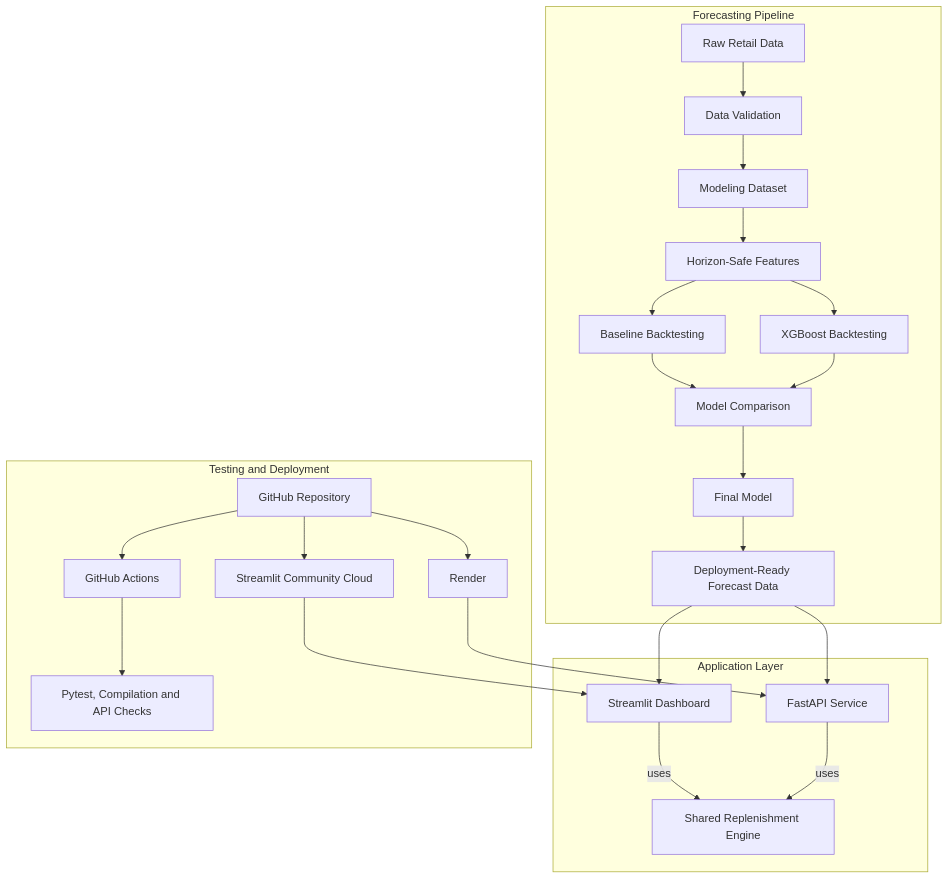
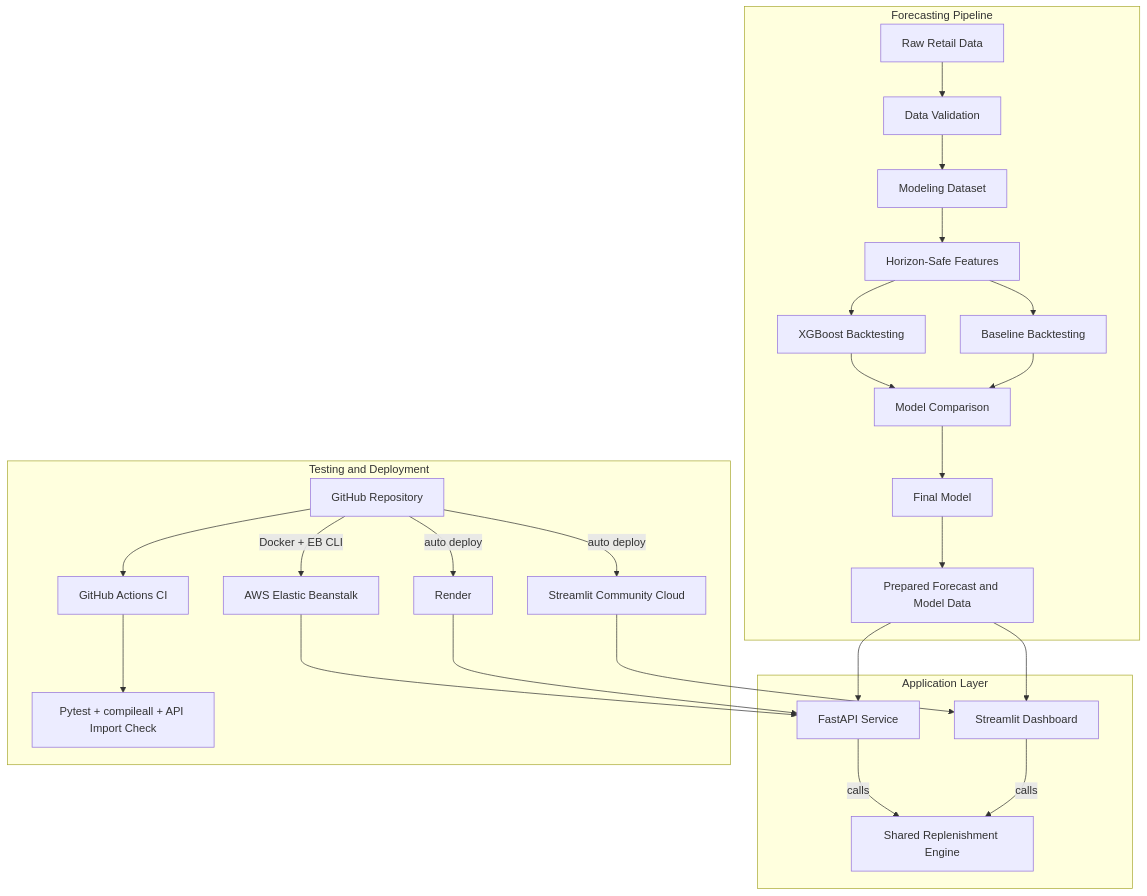
One commit to momo840505/retail-demand-forecasting changed the diagram in README.md. Above: the diagram before and after it, drawn with Mermaid. The commit also changed other lines of this file and 20 other files, not shown here.

````diff
--- a/README.md
+++ b/README.md
@@ -266,37 +266,39 @@
 ```mermaid
 flowchart TD
 
     subgraph PIPELINE["Forecasting Pipeline"]
         A[Raw Retail Data] --> B[Data Validation]
         B --> C[Modeling Dataset]
         C --> D[Horizon-Safe Features]
 
         D --> E[Baseline Backtesting]
         D --> F[XGBoost Backtesting]
 
         E --> G[Model Comparison]
         F --> G
 
         G --> H[Final Model]
-        H --> I[Deployment-Ready Forecast Data]
+        H --> I[Prepared Forecast and Model Data]
     end
 
     subgraph APPLICATION["Application Layer"]
         I --> J[Streamlit Dashboard]
         I --> K[FastAPI Service]
 
-        J -->|uses| L[Shared Replenishment Engine]
-        K -->|uses| L
+        J -->|calls| L[Shared Replenishment Engine]
+        K -->|calls| L
     end
 
-    subgraph QUALITY["Testing and Deployment"]
-        M[GitHub Repository] --> N[GitHub Actions]
-        N --> O[Pytest, Compilation and API Checks]
+    subgraph DELIVERY["Testing and Deployment"]
+        M[GitHub Repository] --> N[GitHub Actions CI]
+        N --> O[Pytest + compileall + API Import Check]
 
-        M --> P[Streamlit Community Cloud]
-        M --> Q[Render]
+        M -->|auto deploy| P[Streamlit Community Cloud]
+        M -->|auto deploy| Q[Render]
+        M -->|Docker + EB CLI| R[AWS Elastic Beanstalk]
 
         P --> J
         Q --> K
+        R --> K
     end
 ```
````
